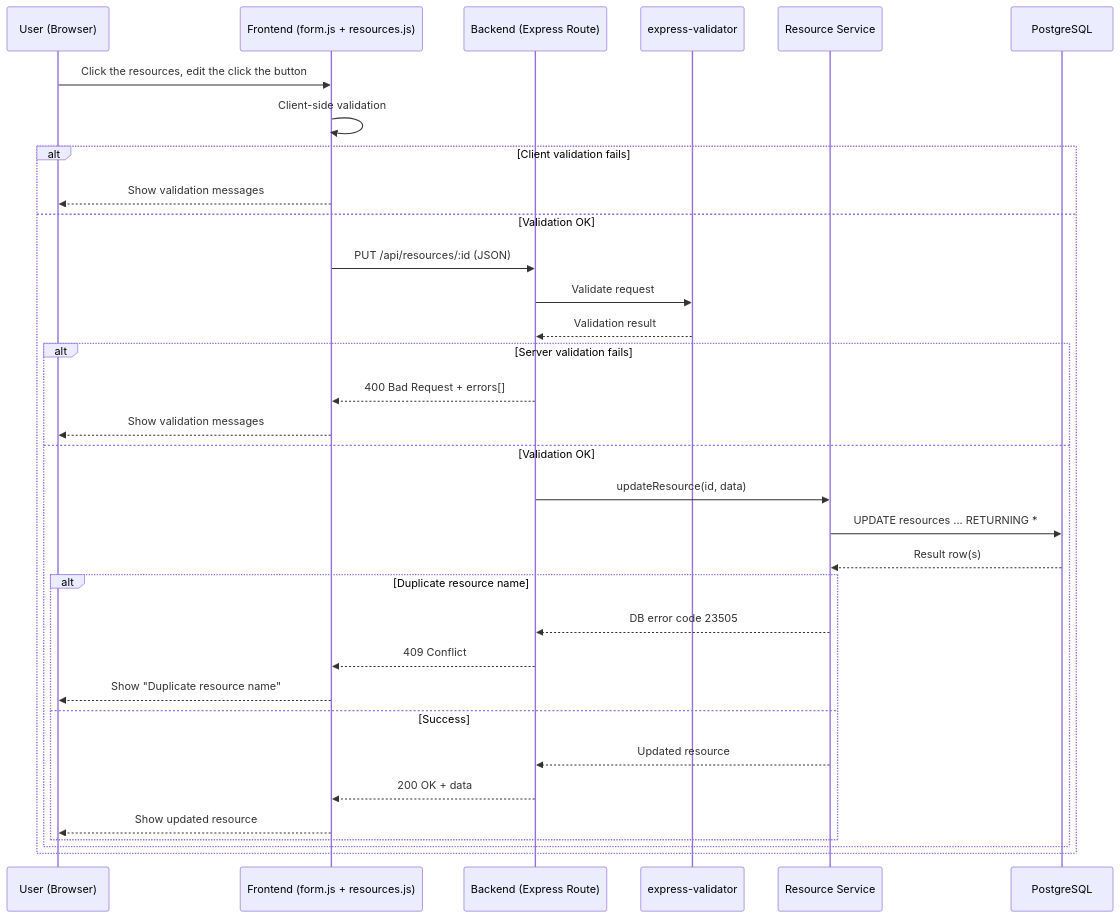
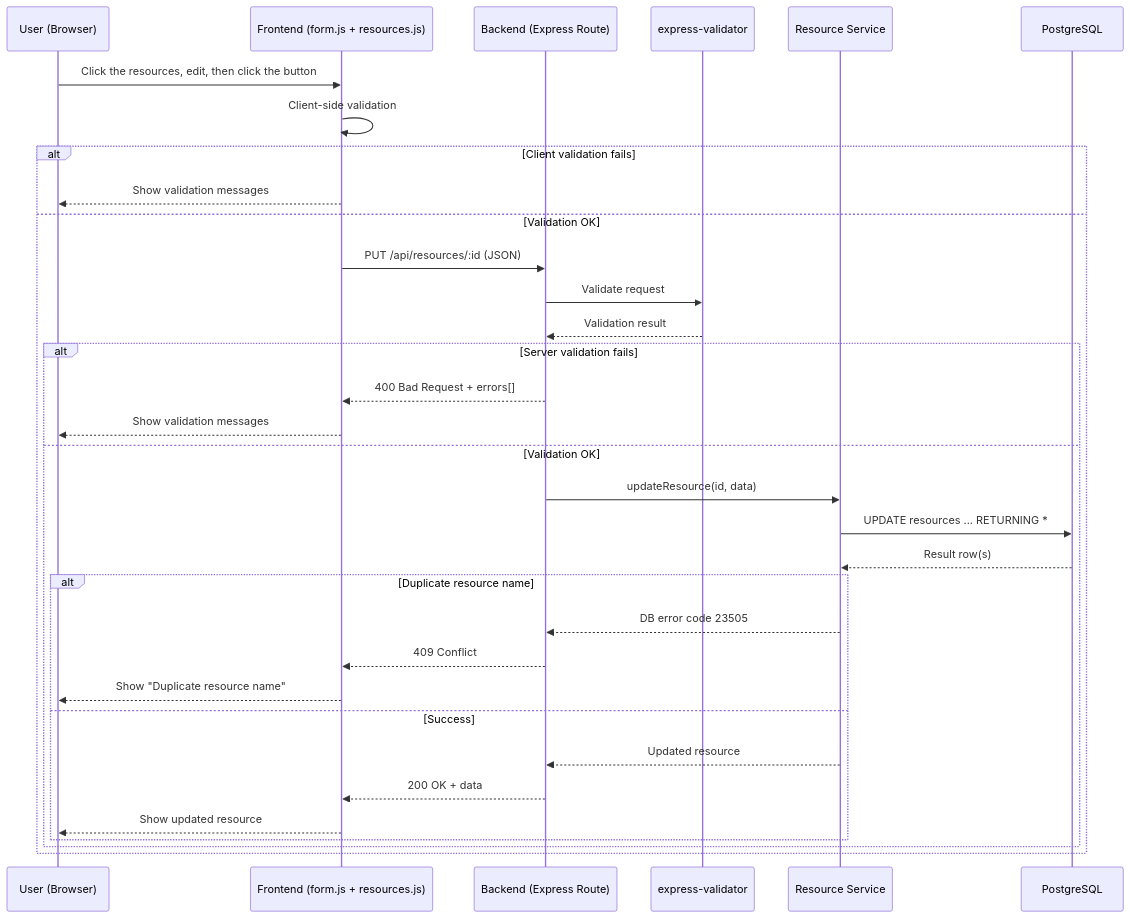
One commit to Mehdi-Mor/AdvancedWebDev changed the third of 3 diagrams in BookingSystemPhase6/G1_CRUD_DataFlow.md. Above: the diagram before and after it, drawn with Mermaid.

````diff
--- a/BookingSystemPhase6/G1_CRUD_DataFlow.md
+++ b/BookingSystemPhase6/G1_CRUD_DataFlow.md
@@ -80,39 +80,39 @@
 ```mermaid
 sequenceDiagram
     participant U as User (Browser)
     participant F as Frontend (form.js + resources.js)
     participant B as Backend (Express Route)
     participant V as express-validator
     participant S as Resource Service
     participant DB as PostgreSQL
 
-    U->>F: Click the resources, edit the click the button
+    U->>F: Click the resources, edit, then click the button
     F->>F: Client-side validation
     alt Client validation fails
         F-->>U: Show validation messages
     else Validation OK
         F->>B: PUT /api/resources/:id (JSON)
 
         B->>V: Validate request
         V-->>B: Validation result
 
         alt Server validation fails
             B-->>F: 400 Bad Request + errors[]
             F-->>U: Show validation messages
         else Validation OK
             B->>S: updateResource(id, data)
             S->>DB: UPDATE resources ... RETURNING *
             DB-->>S: Result row(s)
 
             alt Duplicate resource name
                 S-->>B: DB error code 23505
                 B-->>F: 409 Conflict
                 F-->>U: Show "Duplicate resource name"
             else Success
                 S-->>B: Updated resource
                 B-->>F: 200 OK + data
                 F-->>U: Show updated resource
             end
         end
     end
 ```
````
